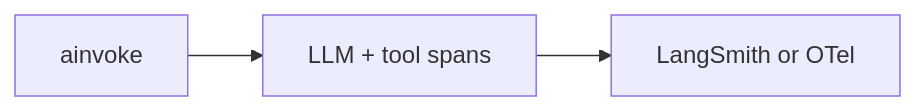
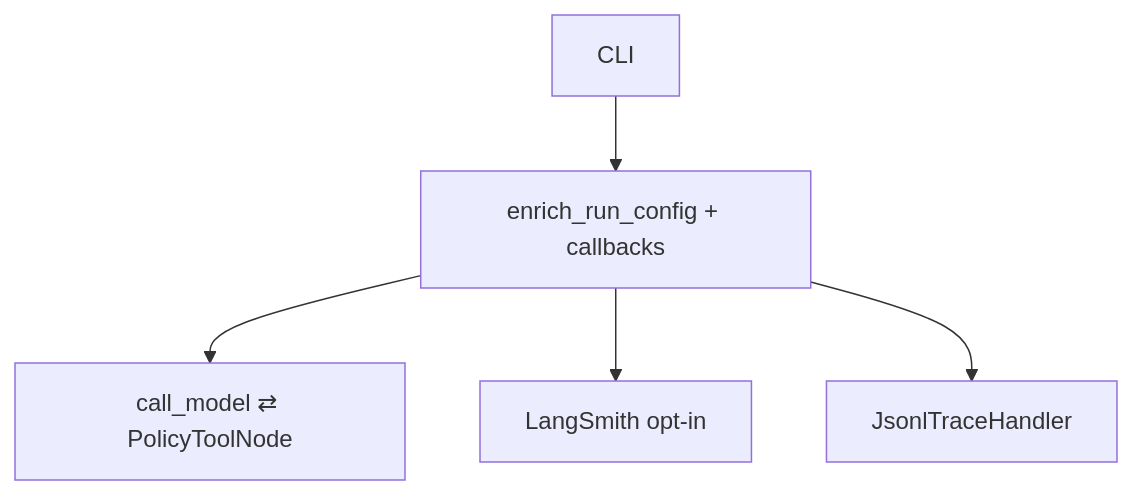
Before and after one commit to CharlotteYW/mini-claude-code: the diagram in docs/milestones/M34-observability-traces.md, drawn with Mermaid. The commit also changed other lines of this file and 11 other files, not shown here.

First line of the commit message:
Ship M34 tracing sidecar with LangSmith opt-in and JSONL spans.

````diff
--- a/docs/milestones/M34-observability-traces.md
+++ b/docs/milestones/M34-observability-traces.md
@@ -30,5 +33,7 @@
 ```mermaid
-flowchart LR
-  Run[ainvoke] --> Spans[LLM + tool spans]
-  Spans --> Exp[LangSmith or OTel]
+flowchart TB
+  CLI[CLI] --> Cfg[enrich_run_config + callbacks]
+  Cfg --> Graph[call_model ⇄ PolicyToolNode]
+  Cfg --> LS[LangSmith opt-in]
+  Cfg --> JSONL[JsonlTraceHandler]
 ```
````
